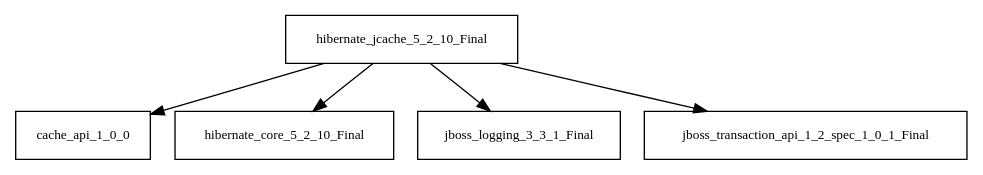
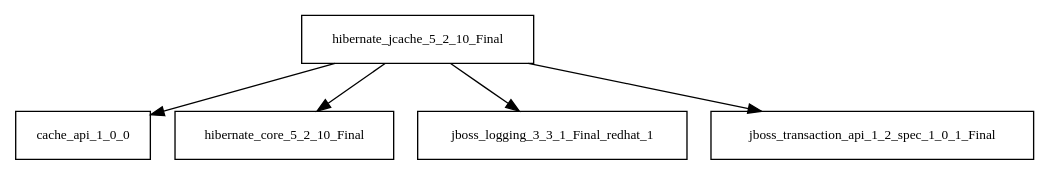
One commit to AglaianWoman/cia changed the diagram in tattleTaleReport/graphviz/hibernate-jcache-5.2.10.Final.jar/hibernate-jcache-5.2.10.Final.jar.dot. Above: the diagram before and after it, drawn with Graphviz. The commit also changed 1763 other files, not shown here.

```diff
--- a/tattleTaleReport/graphviz/hibernate-jcache-5.2.10.Final.jar/hibernate-jcache-5.2.10.Final.jar.dot
+++ b/tattleTaleReport/graphviz/hibernate-jcache-5.2.10.Final.jar/hibernate-jcache-5.2.10.Final.jar.dot
@@ -1,7 +1,7 @@
 digraph hibernate_jcache_5_2_10_Final_dependencies {
   node [shape = box, fontsize=10.0];
   hibernate_jcache_5_2_10_Final -> cache_api_1_0_0;
   hibernate_jcache_5_2_10_Final -> hibernate_core_5_2_10_Final;
-  hibernate_jcache_5_2_10_Final -> jboss_logging_3_3_1_Final;
+  hibernate_jcache_5_2_10_Final -> jboss_logging_3_3_1_Final_redhat_1;
   hibernate_jcache_5_2_10_Final -> jboss_transaction_api_1_2_spec_1_0_1_Final;
 }
```
